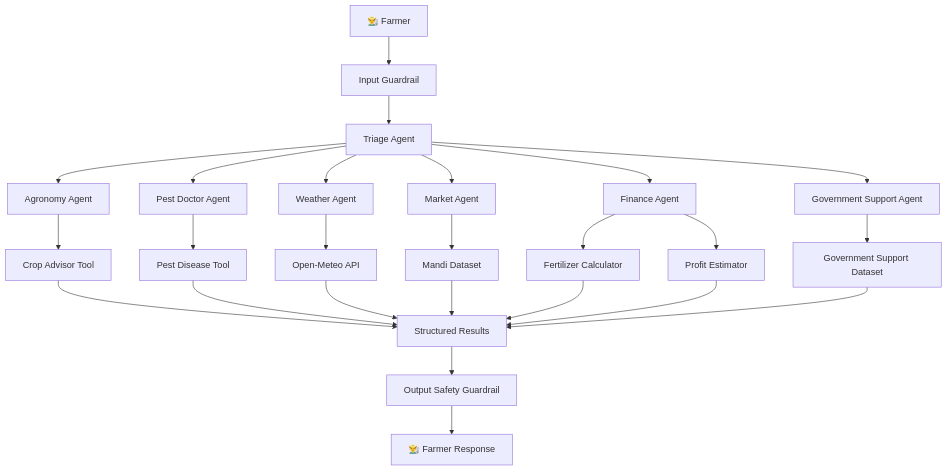
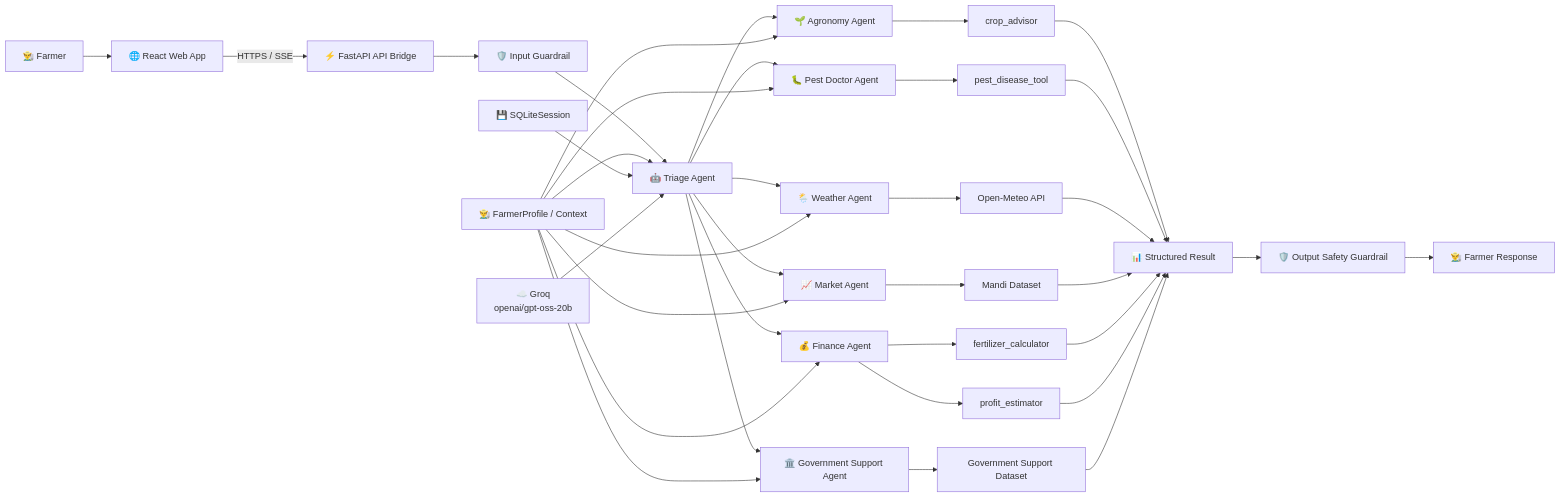
One commit to AhmadIshaq-code/kisan-dost changed the diagram in README.md. Above: the diagram before and after it, drawn with Mermaid. The commit also changed other lines of this file, not shown here.

Commit message:
docs: update README for deployed Kisan Dost architecture

````diff
--- a/README.md
+++ b/README.md
@@ -281,33 +145,49 @@
 ```mermaid
-flowchart TD
-    A[👨‍🌾 Farmer] --> B[Input Guardrail]
+flowchart LR
 
-    B --> C[Triage Agent]
+    A["👨‍🌾 Farmer"] --> B["🌐 React Web App"]
 
-    C --> D[Agronomy Agent]
-    C --> E[Pest Doctor Agent]
-    C --> F[Weather Agent]
-    C --> G[Market Agent]
-    C --> H[Finance Agent]
-    C --> I[Government Support Agent]
+    B -->|"HTTPS / SSE"| C["⚡ FastAPI API Bridge"]
 
-    D --> D1[Crop Advisor Tool]
-    E --> E1[Pest Disease Tool]
-    F --> F1[Open-Meteo API]
-    G --> G1[Mandi Dataset]
-    H --> H1[Fertilizer Calculator]
-    H --> H2[Profit Estimator]
-    I --> I1[Government Support Dataset]
+    C --> D["🛡️ Input Guardrail"]
 
-    D1 --> J[Structured Results]
-    E1 --> J
-    F1 --> J
-    G1 --> J
-    H1 --> J
-    H2 --> J
-    I1 --> J
+    D --> E["🤖 Triage Agent"]
 
-    J --> K[Output Safety Guardrail]
-    K --> L[👨‍🌾 Farmer Response]
+    E --> F["🌱 Agronomy Agent"]
+    E --> G["🐛 Pest Doctor Agent"]
+    E --> H["🌦️ Weather Agent"]
+    E --> I["📈 Market Agent"]
+    E --> J["💰 Finance Agent"]
+    E --> K["🏛️ Government Support Agent"]
 
+    F --> F1["crop_advisor"]
+    G --> G1["pest_disease_tool"]
+    H --> H1["Open-Meteo API"]
+    I --> I1["Mandi Dataset"]
+    J --> J1["fertilizer_calculator"]
+    J --> J2["profit_estimator"]
+    K --> K1["Government Support Dataset"]
+
+    L["👨‍🌾 FarmerProfile / Context"] --> E
+    L --> F
+    L --> G
+    L --> H
+    L --> I
+    L --> J
+    L --> K
+
+    M["💾 SQLiteSession"] --> E
+
+    F1 --> N["📊 Structured Result"]
+    G1 --> N
+    H1 --> N
+    I1 --> N
+    J1 --> N
+    J2 --> N
+    K1 --> N
+
+    N --> O["🛡️ Output Safety Guardrail"]
+    O --> P["👨‍🌾 Farmer Response"]
+
+    Q["☁️ Groq\nopenai/gpt-oss-20b"] --> E
 ```
````
